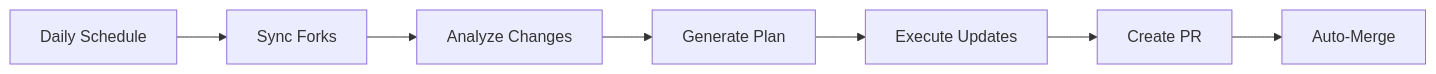
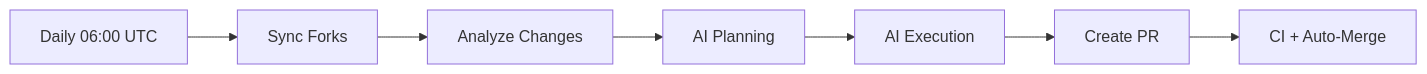
Before and after one commit to ausardcompany/alexi: the second of 2 diagrams in docs/CONTRIBUTING.md, drawn with Mermaid. The commit also changed other lines of this file and 6 other files, not shown here.

Commit message:
docs: auto-generate documentation [skip ci] [alexi-bot]

````diff
--- a/docs/CONTRIBUTING.md
+++ b/docs/CONTRIBUTING.md
@@ -549,9 +425,9 @@
 ```mermaid
 graph LR
-    A[Daily Schedule] --> B[Sync Forks]
+    A[Daily 06:00 UTC] --> B[Sync Forks]
     B --> C[Analyze Changes]
-    C --> D[Generate Plan]
-    D --> E[Execute Updates]
+    C --> D[AI Planning]
+    D --> E[AI Execution]
     E --> F[Create PR]
-    F --> G[Auto-Merge]
+    F --> G[CI + Auto-Merge]
 ```
````
